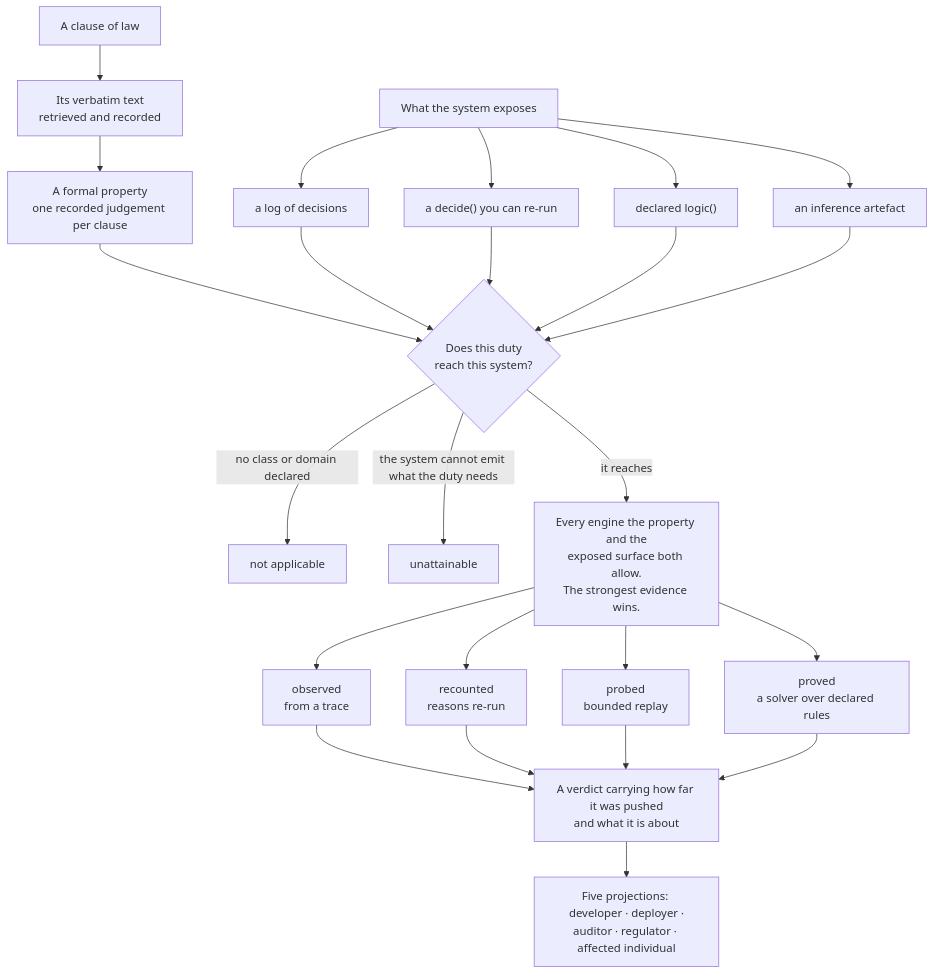
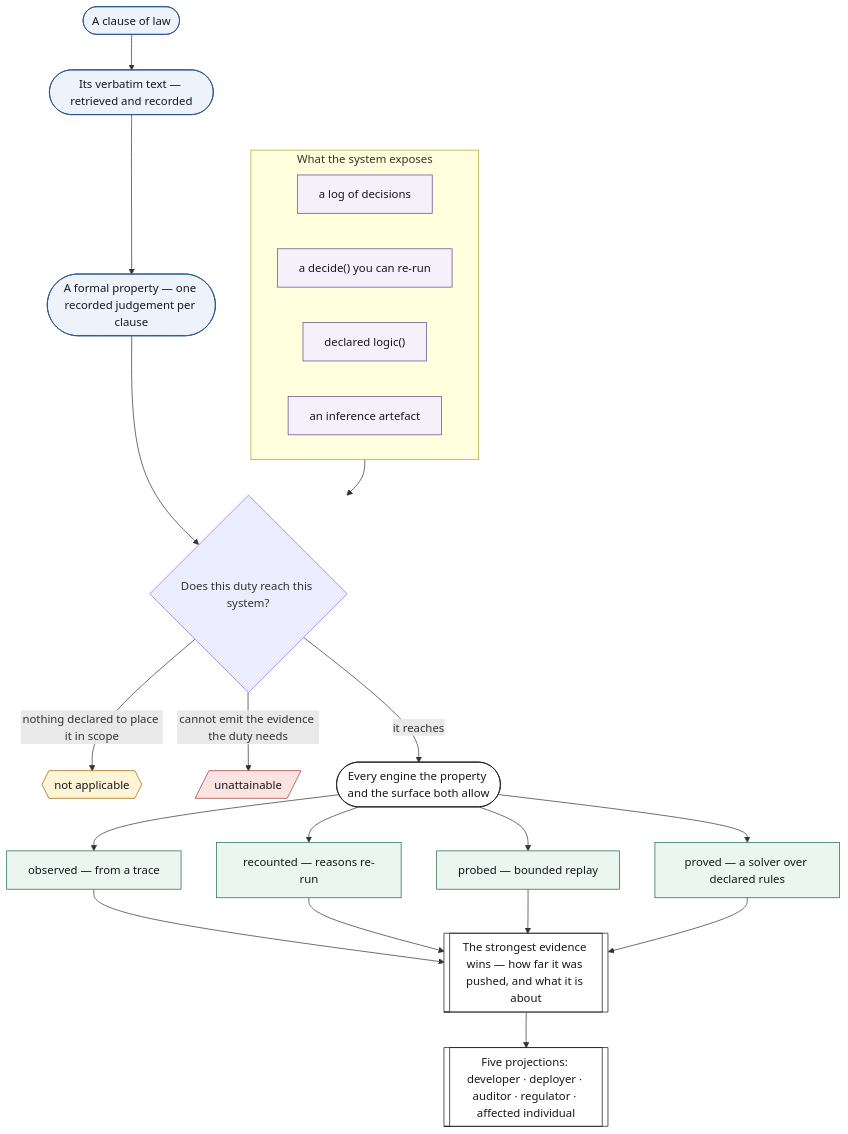
The diagram in README.md (SandroHub013/reasonsmith), drawn with Mermaid before and after one commit. The commit also changed 9 other files, not shown here.

Commit message:
Fix Mermaid diagram legibility (#166)

````diff
--- a/README.md
+++ b/README.md
@@ -20,32 +20,46 @@
 ```mermaid
 flowchart TB
-    clause["A clause of law"] --> quote["Its verbatim text<br/>retrieved and recorded"]
-    quote --> formula["A formal property<br/>one recorded judgement per clause"]
+    clause(["A clause of law"]) --> quote(["Its verbatim text — retrieved and recorded"])
+    quote --> formula(["A formal property — one recorded judgement per clause"])
 
-    surface["What the system exposes"] --> log["a log of decisions"]
-    surface --> callable["a decide() you can re-run"]
-    surface --> rules["declared logic()"]
-    surface --> artefact["an inference artefact"]
+    subgraph exposed["What the system exposes"]
+        log["a log of decisions"]
+        callable["a decide() you can re-run"]
+        rules["declared logic()"]
+        artefact["an inference artefact"]
+    end
 
-    formula --> reach{"Does this duty<br/>reach this system?"}
-    log --> reach
-    callable --> reach
-    rules --> reach
-    artefact --> reach
+    formula --> reach{"Does this duty reach this system?"}
+    exposed --> reach
 
-    reach -->|"no class or domain declared"| na["not applicable"]
-    reach -->|"the system cannot emit what the duty needs"| un["unattainable"]
-    reach -->|"it reaches"| strongest["Every engine the property and the<br/>exposed surface both allow.<br/>The strongest evidence wins."]
+    reach -->|"nothing declared to place it in scope"| na{{"not applicable"}}
+    reach -->|"cannot emit the evidence the duty needs"| un[/"unattainable"/]
+    reach -->|"it reaches"| ladder(["Every engine the property and the surface both allow"])
 
-    strongest --> observed["observed<br/>from a trace"]
-    strongest --> recounted["recounted<br/>reasons re-run"]
-    strongest --> probed["probed<br/>bounded replay"]
-    strongest --> proved["proved<br/>a solver over declared rules"]
+    ladder --> observed["observed — from a trace"]
+    ladder --> recounted["recounted — reasons re-run"]
+    ladder --> probed["probed — bounded replay"]
+    ladder --> proved["proved — a solver over declared rules"]
 
     observed --> verdict
     recounted --> verdict
     probed --> verdict
     proved --> verdict
 
-    verdict["A verdict carrying how far it was pushed<br/>and what it is about"] --> five["Five projections: developer · deployer ·<br/>auditor · regulator · affected individual"]
+    verdict[["The strongest evidence wins — how far it was pushed, and what it is about"]]
+    verdict --> five[["Five projections: developer · deployer · auditor · regulator · affected individual"]]
+
+    classDef law fill:#eef3fb,stroke:#1f4f8f,color:#16181d
+    classDef surface fill:#f4f1fa,stroke:#5b4a8a,color:#16181d
+    classDef notapp fill:#fff4d6,stroke:#9a6700,color:#16181d
+    classDef unattainable fill:#fde2e2,stroke:#a33a3a,color:#16181d
+    classDef rung fill:#eaf6ef,stroke:#1d6b45,color:#16181d
+    classDef outcome fill:#ffffff,stroke:#16181d,color:#16181d
+
+    class clause,quote,formula law
+    class log,callable,rules,artefact surface
+    class na notapp
+    class un unattainable
+    class observed,recounted,probed,proved rung
+    class ladder,verdict,five outcome
 ```
````
